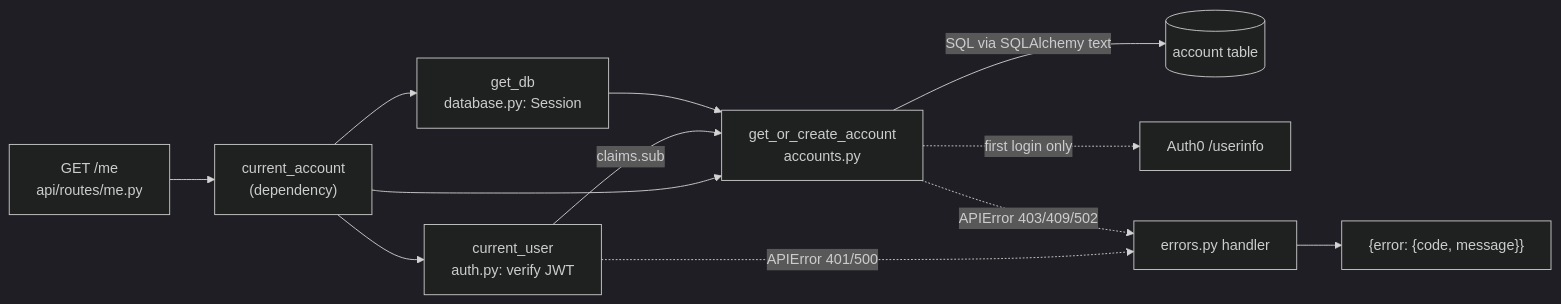
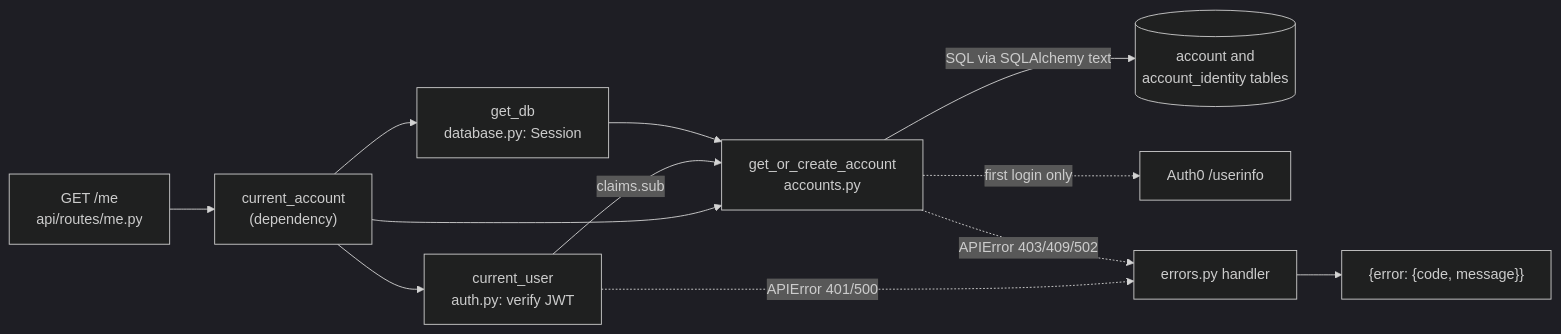
Before and after one commit to sudo-nickPinto/CS440-Quiz-Platform: the second of 4 diagrams in docs/AUTH.md, drawn with Mermaid (dark theme). The commit also changed other lines of this file, not shown here.

````diff
--- a/docs/AUTH.md
+++ b/docs/AUTH.md
@@ -38,14 +38,14 @@
 ```mermaid
 flowchart LR
     R["GET /me<br/>api/routes/me.py"] --> CA["current_account<br/>(dependency)"]
     CA --> CU["current_user<br/>auth.py: verify JWT"]
     CA --> DB["get_db<br/>database.py: Session"]
     CA --> G["get_or_create_account<br/>accounts.py"]
     CU -->|claims.sub| G
     DB --> G
-    G -->|SQL via SQLAlchemy text| T[("account table")]
+    G -->|SQL via SQLAlchemy text| T[("account and<br/>account_identity tables")]
     G -.->|first login only| UI["Auth0 /userinfo"]
     CU -.->|APIError 401/500| E["errors.py handler"]
     G -.->|APIError 403/409/502| E
     E --> J["{error: {code, message}}"]
 ```
````
